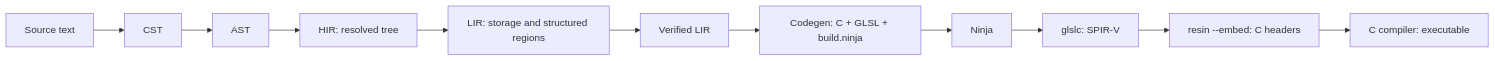
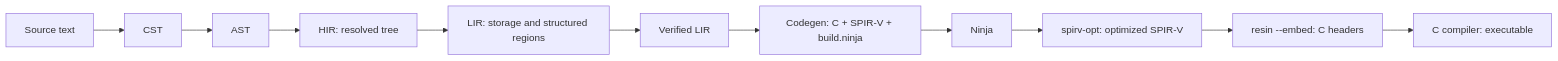
Before and after one commit to tsnl/resin: the diagram in doc/architecture.md, drawn with Mermaid. The commit also changed other lines of this file and 55 other files, not shown here.

````diff
--- a/doc/architecture.md
+++ b/doc/architecture.md
@@ -34,13 +34,13 @@
 ```mermaid
 flowchart LR
     text[Source text] --> cst[CST]
     cst --> ast[AST]
     ast --> hir[HIR: resolved tree]
     hir --> lir[LIR: storage and structured regions]
     lir --> verified[Verified LIR]
-    verified --> project[Codegen: C + GLSL + build.ninja]
+    verified --> project[Codegen: C + SPIR-V + build.ninja]
     project --> ninja[Ninja]
-    ninja --> spirv[glslc: SPIR-V]
+    ninja --> spirv[spirv-opt: optimized SPIR-V]
     spirv --> headers[resin --embed: C headers]
     headers --> executable[C compiler: executable]
 ```
````
